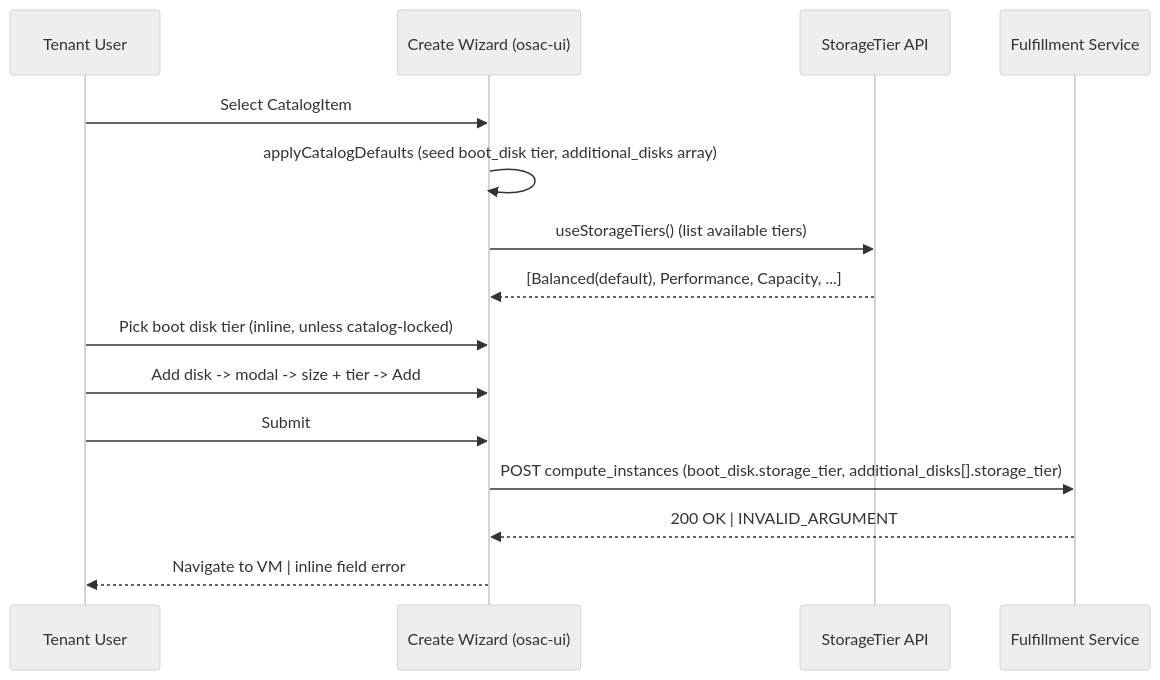
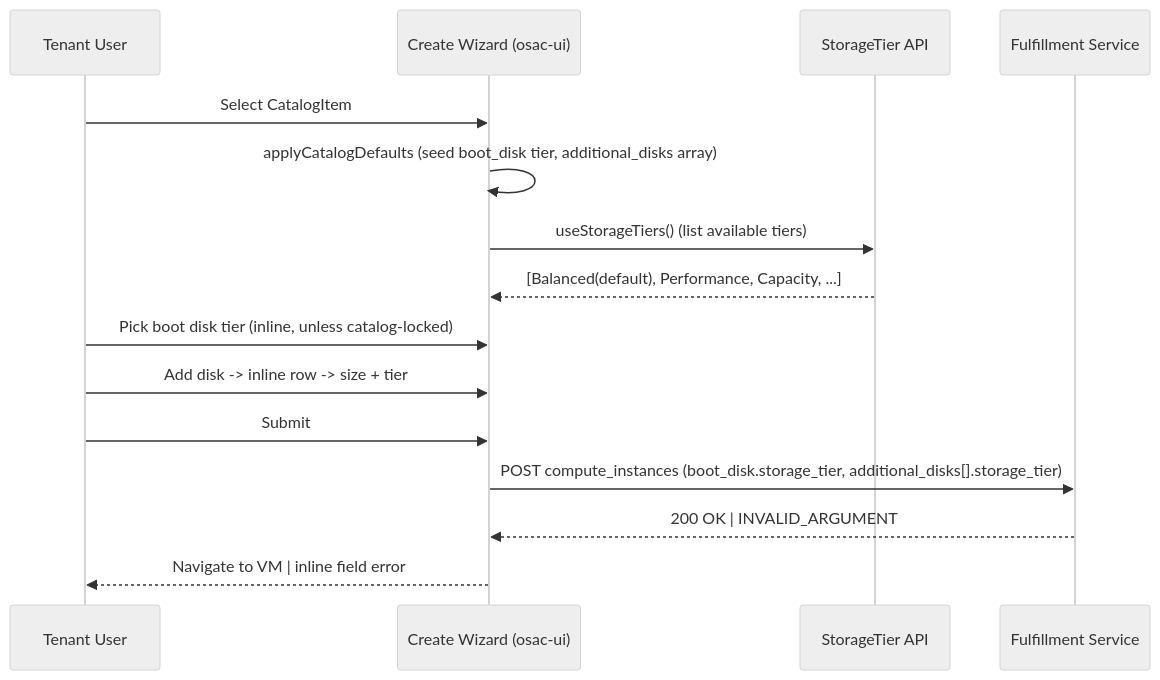
The diagram in enhancements/OSAC-1710-storage-tier-selection/ui-design.md (osac-project/enhancement-proposals), drawn with Mermaid (neutral theme) before and after one commit. The commit also changed other lines of this file, not shown here.

First line of the commit message:
Design OSAC-1710: additional disks use inline rows, not a modal

````diff
--- a/enhancements/OSAC-1710-storage-tier-selection/ui-design.md
+++ b/enhancements/OSAC-1710-storage-tier-selection/ui-design.md
@@ -142,18 +144,18 @@
 ```mermaid
 sequenceDiagram
     participant U as Tenant User
     participant W as Create Wizard (osac-ui)
     participant ST as StorageTier API
     participant FS as Fulfillment Service
 
     U->>W: Select CatalogItem
     W->>W: applyCatalogDefaults (seed boot_disk tier, additional_disks array)
     W->>ST: useStorageTiers() (list available tiers)
     ST-->>W: [Balanced(default), Performance, Capacity, ...]
     U->>W: Pick boot disk tier (inline, unless catalog-locked)
-    U->>W: Add disk -> modal -> size + tier -> Add
+    U->>W: Add disk -> inline row -> size + tier
     U->>W: Submit
     W->>FS: POST compute_instances (boot_disk.storage_tier, additional_disks[].storage_tier)
     FS-->>W: 200 OK | INVALID_ARGUMENT
     W-->>U: Navigate to VM | inline field error
 ```
````
